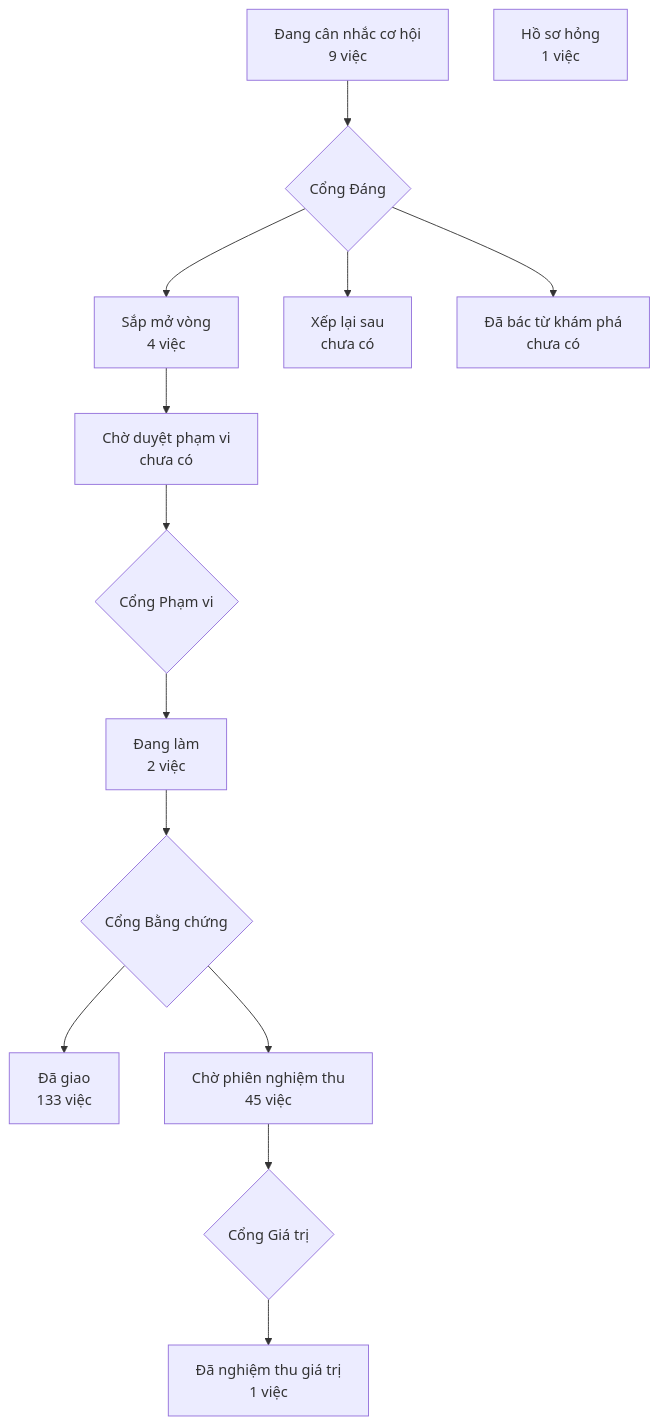
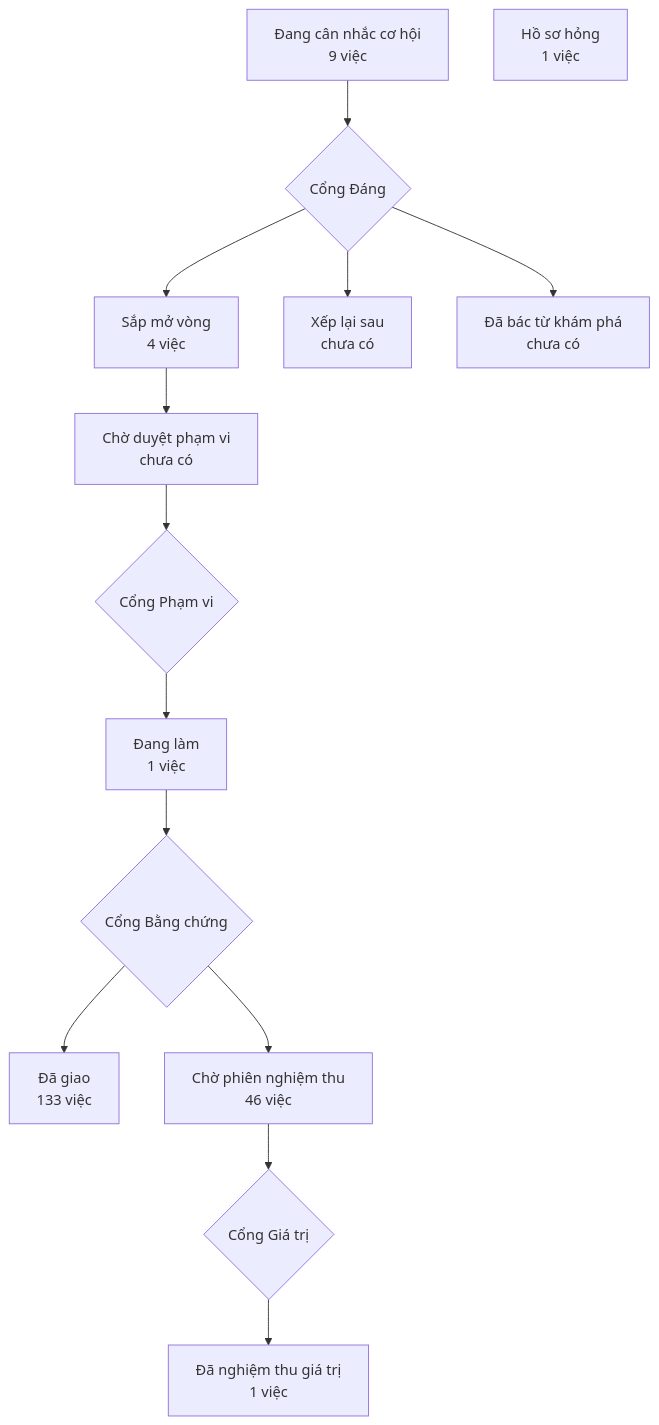
One commit to phanlemanh/crm-onehub changed the diagram in PRODUCT-MAP.md. Above: the diagram before and after it, drawn with Mermaid. The commit also changed 1 other file, not shown here.

Commit message:
docs: vẽ lại bản đồ sau chữ ký danh-sach-keo-chung

````diff
--- a/PRODUCT-MAP.md
+++ b/PRODUCT-MAP.md
@@ -7,13 +7,13 @@
 ```mermaid
 flowchart TD
   A["Đang cân nhắc cơ hội<br/>9 việc"] --> GD{"Cổng Đáng"}
   GD --> B["Sắp mở vòng<br/>4 việc"]
   GD --> XL["Xếp lại sau<br/>chưa có"]
   GD --> DB["Đã bác từ khám phá<br/>chưa có"]
   B --> CD["Chờ duyệt phạm vi<br/>chưa có"] --> GP{"Cổng Phạm vi"}
-  GP --> DL["Đang làm<br/>2 việc"] --> GB{"Cổng Bằng chứng"}
+  GP --> DL["Đang làm<br/>1 việc"] --> GB{"Cổng Bằng chứng"}
   GB --> DG["Đã giao<br/>133 việc"]
-  GB --> CN["Chờ phiên nghiệm thu<br/>45 việc"] --> GG{"Cổng Giá trị"}
+  GB --> CN["Chờ phiên nghiệm thu<br/>46 việc"] --> GG{"Cổng Giá trị"}
   GG --> NT["Đã nghiệm thu giá trị<br/>1 việc"]
   HS["Hồ sơ hỏng<br/>1 việc"]
 ```
````
